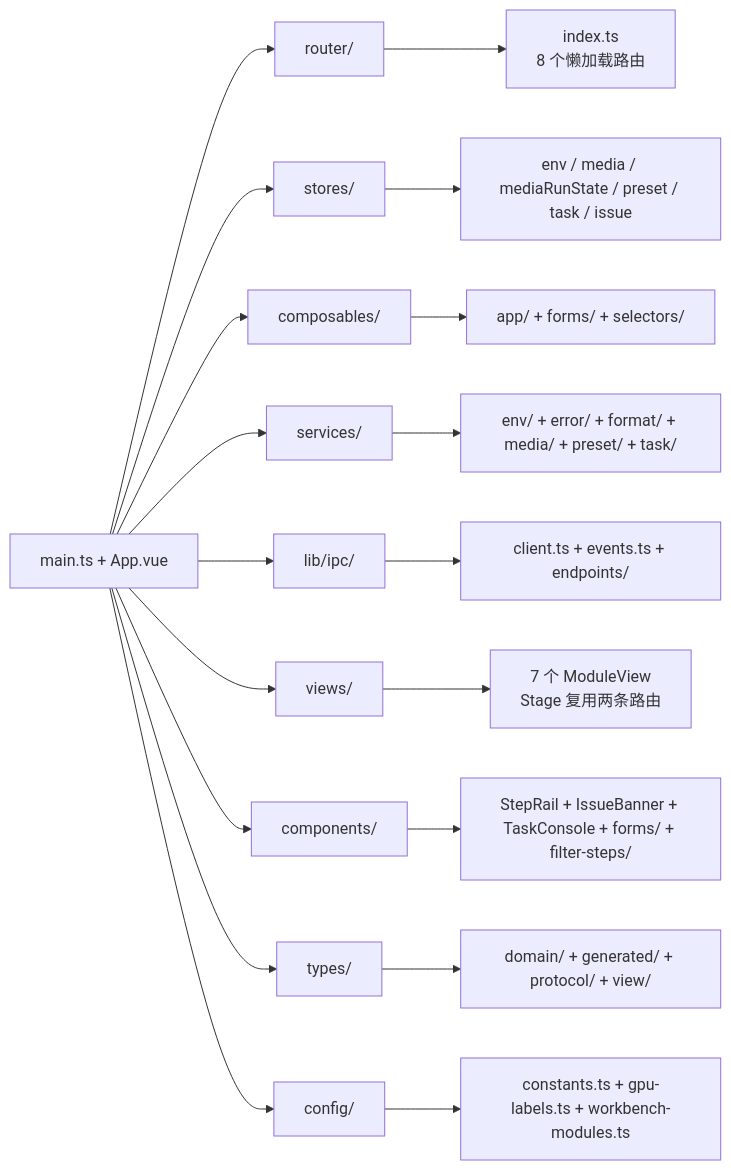
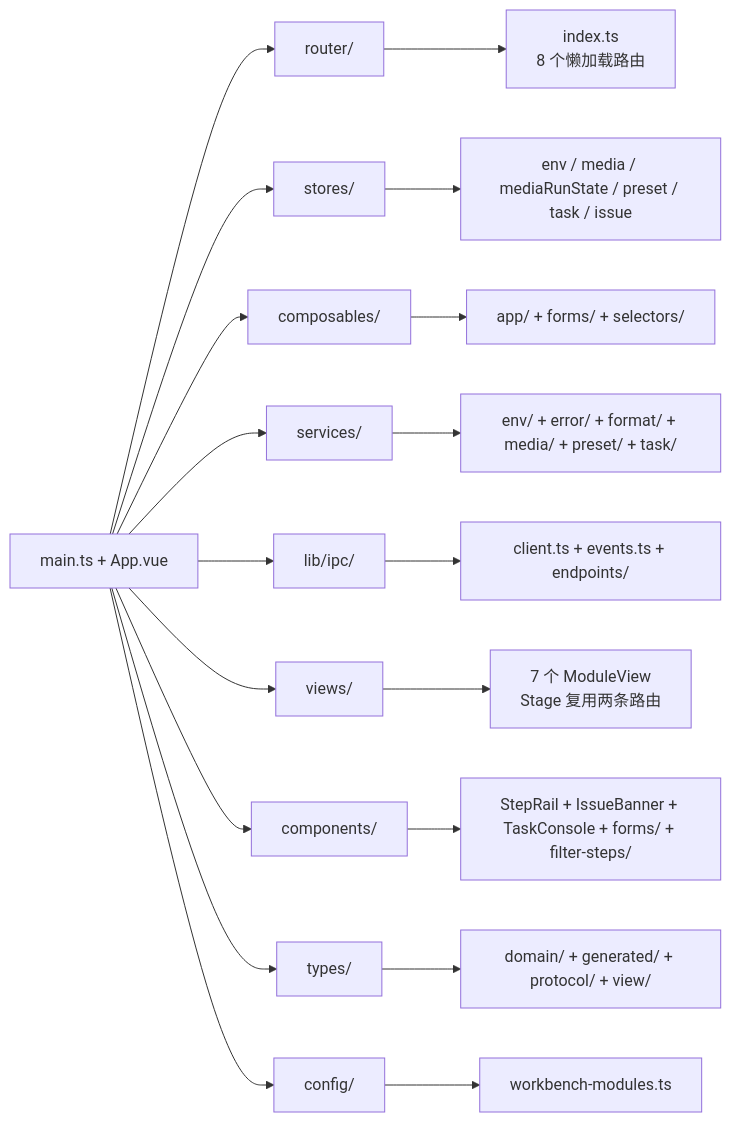
One commit to youge325/vp changed the second of 4 diagrams in docs/01-architecture-overview.md. Above: the diagram before and after it, drawn with Mermaid. The commit also changed other lines of this file and 6 other files, not shown here.

````diff
--- a/docs/01-architecture-overview.md
+++ b/docs/01-architecture-overview.md
@@ -173,22 +176,22 @@
 ```mermaid
 graph LR
     A[main.ts + App.vue] --> B[router/]
     A --> C[stores/]
     A --> D[composables/]
     A --> E[services/]
     A --> F[lib/ipc/]
     A --> G[views/]
     A --> H[components/]
     A --> I[types/]
     A --> J[config/]
 
     B --> B1[index.ts<br/>8 个懒加载路由]
     C --> C1[env / media / mediaRunState / preset / task / issue]
     D --> D1[app/ + forms/ + selectors/]
     E --> E1[env/ + error/ + format/ + media/ + preset/ + task/]
     F --> F1[client.ts + events.ts + endpoints/]
     G --> G1[7 个 ModuleView<br/>Stage 复用两条路由]
     H --> H1[StepRail + IssueBanner + TaskConsole + forms/ + filter-steps/]
     I --> I1[domain/ + generated/ + protocol/ + view/]
-    J --> J1[constants.ts + gpu-labels.ts + workbench-modules.ts]
+    J --> J1[workbench-modules.ts]
 ```
````
